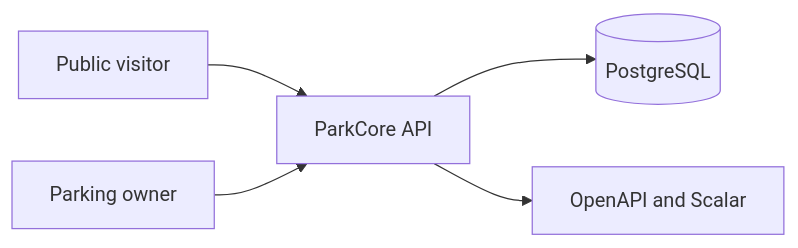
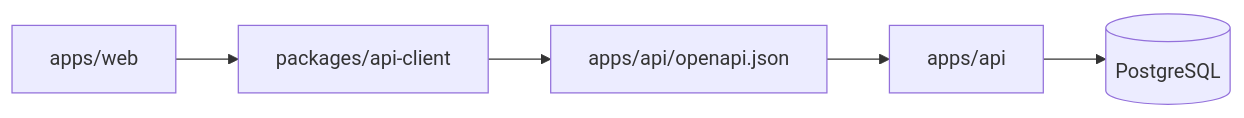
Before and after one commit to acevedo-daniel/parkcore: the diagram in docs/ARCHITECTURE.md, drawn with Mermaid. The commit also changed other lines of this file and 40 other files, not shown here.

First line of the commit message:
feat: initialize ParkCore web foundation with basic structure

````diff
--- a/docs/ARCHITECTURE.md
+++ b/docs/ARCHITECTURE.md
@@ -7,7 +7,7 @@
 ```mermaid
 flowchart LR
-    P[Public visitor] --> API[ParkCore API]
-    O[Parking owner] --> API
-    API --> DB[(PostgreSQL)]
-    API --> DOCS[OpenAPI and Scalar]
+    W[apps/web] --> C[packages/api-client]
+    C --> O[apps/api/openapi.json]
+    O --> A[apps/api]
+    A --> D[(PostgreSQL)]
 ```
````
